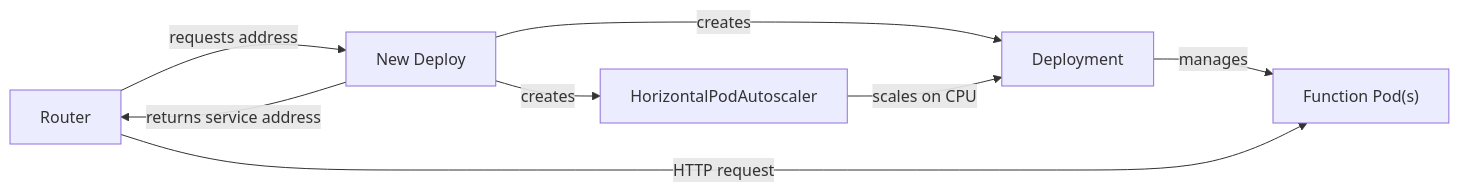
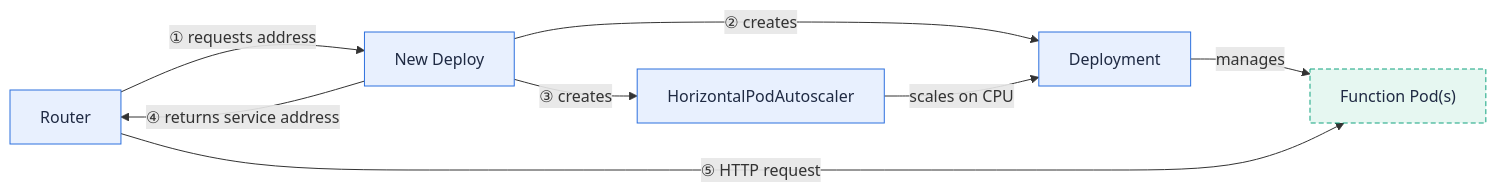
Before and after one commit to fission/fission.io: the second of 4 diagrams in content/en/docs/concepts/executors.md, drawn with Mermaid. The commit also changed other lines of this file and 30 other files, not shown here.

First line of the commit message:
Address PR feedback: zoomable diagrams, multi-color kit, centering, preview links

````diff
--- a/content/en/docs/concepts/executors.md
+++ b/content/en/docs/concepts/executors.md
@@ -62,10 +65,13 @@
 ```mermaid
 flowchart LR
-  router["Router"] -->|"requests address"| nd["New Deploy"]
-  nd -->|"creates"| deploy["Deployment"]
-  nd -->|"creates"| hpa["HorizontalPodAutoscaler"]
-  deploy -->|"manages"| fnPod["Function Pod(s)"]
+  router["Router"]:::fission -->|"① requests address"| nd["New Deploy"]:::fission
+  nd -->|"② creates"| deploy["Deployment"]:::fission
+  nd -->|"③ creates"| hpa["HorizontalPodAutoscaler"]:::fission
+  deploy -->|"manages"| fnPod["Function Pod(s)"]:::pod
   hpa -->|"scales on CPU"| deploy
-  nd -->|"returns service address"| router
-  router -->|"HTTP request"| fnPod
+  nd -->|"④ returns service address"| router
+  router -->|"⑤ HTTP request"| fnPod
+
+  classDef fission fill:#e8f0fe,stroke:#2d70de,color:#1f2a43
+  classDef pod fill:#e6f7f1,stroke:#11a37f,color:#1f2a43,stroke-dasharray:5 3
 ```
````
